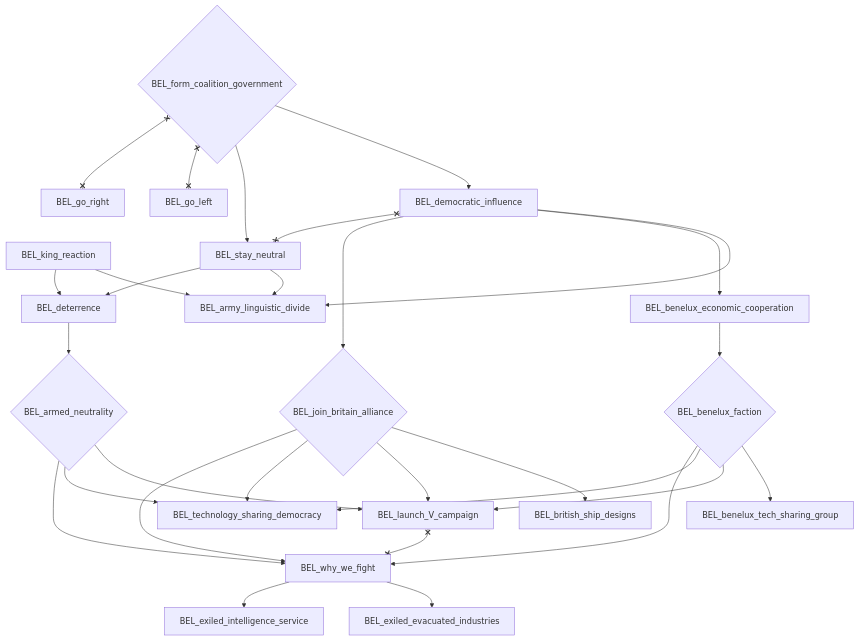
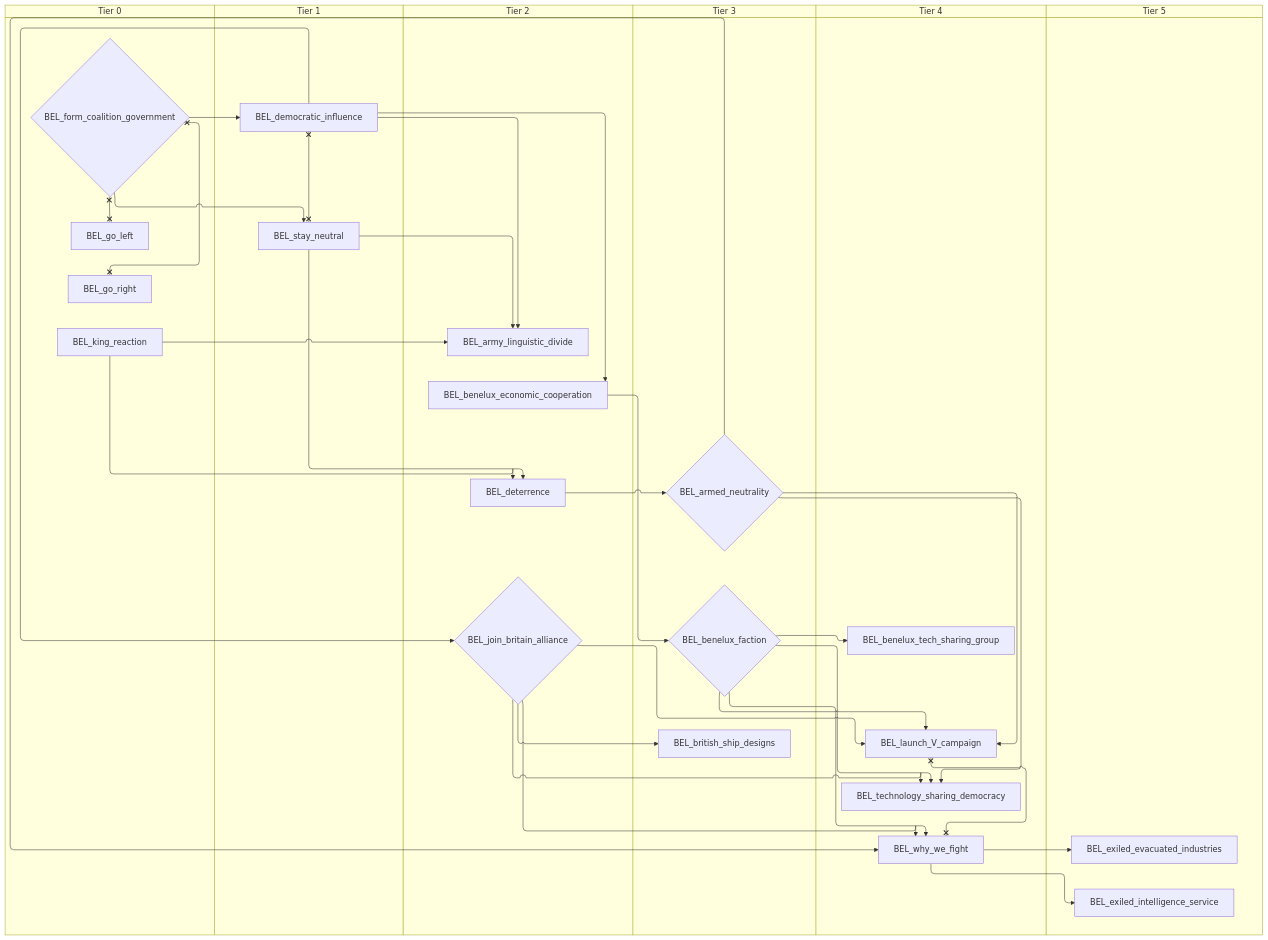
Before and after one commit to evgeny-sobol/hoi4-sandbox-mode-r56: the sixth of 13 diagrams in docs/gdd/National Focuses/r56/r56_belgium.md, drawn with Mermaid. The commit also changed other lines of this file and 423 other files, not shown here.

First line of the commit message:
Re-export Rt56 focus trees as swimlane diagrams

````diff
--- a/docs/gdd/National Focuses/r56/r56_belgium.md
+++ b/docs/gdd/National Focuses/r56/r56_belgium.md
@@ -271,50 +323,62 @@
 ```mermaid
-flowchart TD
-    n68{"BEL_armed_neutrality"}
-    n69["BEL_army_linguistic_divide"]
-    n70["BEL_benelux_economic_cooperation"]
-    n71{"BEL_benelux_faction"}
-    n72["BEL_benelux_tech_sharing_group"]
-    n73["BEL_british_ship_designs"]
-    n74["BEL_democratic_influence"]
-    n75["BEL_deterrence"]
-    n76["BEL_exiled_evacuated_industries"]
-    n77["BEL_exiled_intelligence_service"]
-    n78{"BEL_form_coalition_government"}
-    n79["BEL_go_left"]
-    n80["BEL_go_right"]
-    n81{"BEL_join_britain_alliance"}
-    n82["BEL_king_reaction"]
-    n83["BEL_launch_V_campaign"]
-    n84["BEL_stay_neutral"]
-    n85["BEL_technology_sharing_democracy"]
-    n86["BEL_why_we_fight"]
-    n75 --> n68
-    n84 --> n69
-    n74 --> n69
-    n82 --> n69
-    n74 --> n70
-    n70 --> n71
-    n71 --> n72
-    n81 --> n73
-    n78 --> n74
-    n84 --> n75
-    n82 --> n75
-    n86 --> n76
-    n86 --> n77
-    n74 --> n81
-    n71 --> n83
-    n81 --> n83
-    n68 --> n83
+swimlane-beta TD
+    subgraph tier_0["Tier 0"]
+        n68{"BEL_form_coalition_government"}
+        n69["BEL_go_left"]
+        n70["BEL_go_right"]
+        n71["BEL_king_reaction"]
+    end
+    subgraph tier_1["Tier 1"]
+        n72["BEL_democratic_influence"]
+        n73["BEL_stay_neutral"]
+    end
+    subgraph tier_2["Tier 2"]
+        n74["BEL_army_linguistic_divide"]
+        n75["BEL_benelux_economic_cooperation"]
+        n76["BEL_deterrence"]
+        n77{"BEL_join_britain_alliance"}
+    end
+    subgraph tier_3["Tier 3"]
+        n78{"BEL_armed_neutrality"}
+        n79{"BEL_benelux_faction"}
+        n80["BEL_british_ship_designs"]
+    end
+    subgraph tier_4["Tier 4"]
+        n81["BEL_benelux_tech_sharing_group"]
+        n82["BEL_launch_V_campaign"]
+        n83["BEL_technology_sharing_democracy"]
+        n84["BEL_why_we_fight"]
+    end
+    subgraph tier_5["Tier 5"]
+        n85["BEL_exiled_evacuated_industries"]
+        n86["BEL_exiled_intelligence_service"]
+    end
+    n76 --> n78
+    n73 --> n74
+    n72 --> n74
+    n71 --> n74
+    n72 --> n75
+    n75 --> n79
+    n79 --> n81
+    n77 --> n80
+    n68 --> n72
+    n73 --> n76
+    n71 --> n76
+    n84 --> n85
+    n84 --> n86
+    n72 --> n77
+    n79 --> n82
+    n77 --> n82
+    n78 --> n82
+    n68 --> n73
+    n79 --> n83
+    n77 --> n83
+    n78 --> n83
+    n79 --> n84
+    n77 --> n84
     n78 --> n84
-    n71 --> n85
-    n81 --> n85
-    n68 --> n85
-    n71 --> n86
-    n81 --> n86
-    n68 --> n86
-    n74 x--x n84
-    n78 x--x n79
-    n78 x--x n80
-    n83 x--x n86
+    n72 x--x n73
+    n68 x--x n69
+    n68 x--x n70
+    n82 x--x n84
 ```
````
